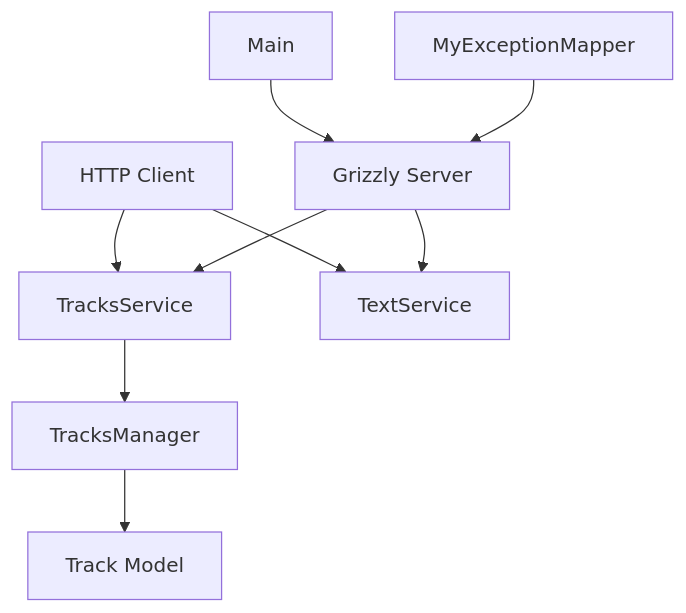
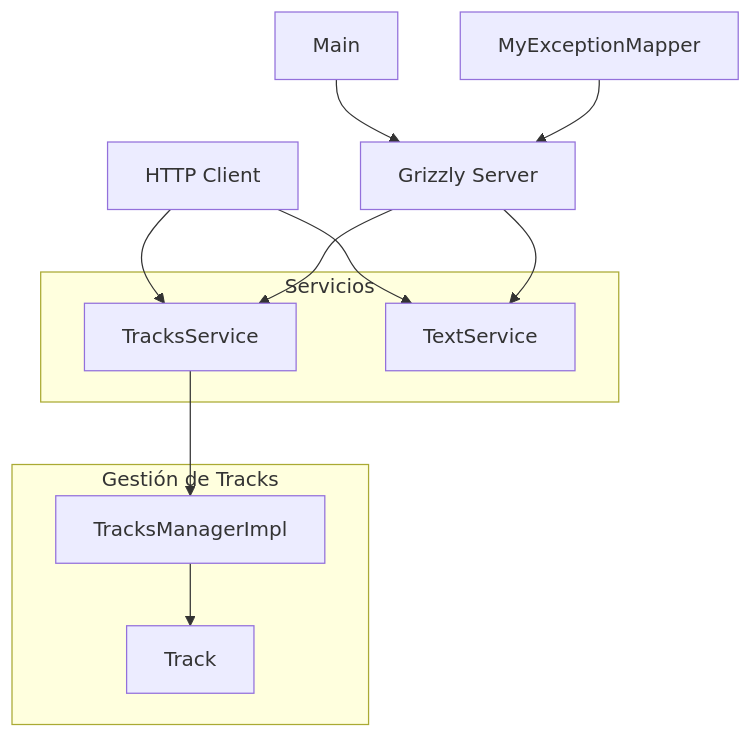
Before and after one commit to EETAC-ENTEL-DSA/rest-example: the second of 2 diagrams in README.md, drawn with Mermaid.

Commit message:
Improvements to the diagram

````diff
--- a/README.md
+++ b/README.md
@@ -19,11 +19,20 @@
 ```mermaid
 graph TD
-    A[HTTP Client] --> B[TracksService]
-    A --> C[TextService]
-    B --> D[TracksManager]
-    D --> E[Track Model]
+    subgraph Servicios
+        B[TracksService]
+        C[TextService]
+    end
+    subgraph Gestión de Tracks
+        B
+        D[TracksManagerImpl]
+        E[Track]
+    end
+    A[HTTP Client] --> B
+    A --> C
+    B --> D
+    D --> E
     F[Main] --> G[Grizzly Server]
     G --> B
     G --> C
     H[MyExceptionMapper] --> G
 ```
````
